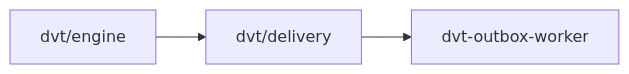
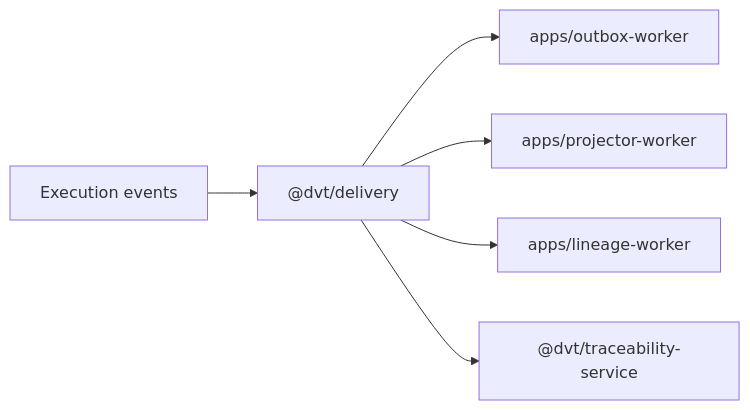
Before and after one commit to dunay2/dvt: the diagram in docs/architecture/components/delivery/index.md, drawn with Mermaid. The commit also changed other lines of this file and 63 other files, not shown here.

Commit message:
docs(docs): Reconcile architecture docs and frontend convergence planning

````diff
--- a/docs/architecture/components/delivery/index.md
+++ b/docs/architecture/components/delivery/index.md
@@ -12,8 +26,8 @@
 ```mermaid
 flowchart LR
-  delivery[dvt/delivery]
-  outbox[dvt-outbox-worker]
-  engine[dvt/engine]
-  delivery --> outbox
-  engine --> delivery
+  Execution["Execution events"] --> Delivery["@dvt/delivery"]
+  Delivery --> Outbox["apps/outbox-worker"]
+  Delivery --> Projector["apps/projector-worker"]
+  Delivery --> Lineage["apps/lineage-worker"]
+  Delivery --> Traceability["@dvt/traceability-service"]
 ```
````
